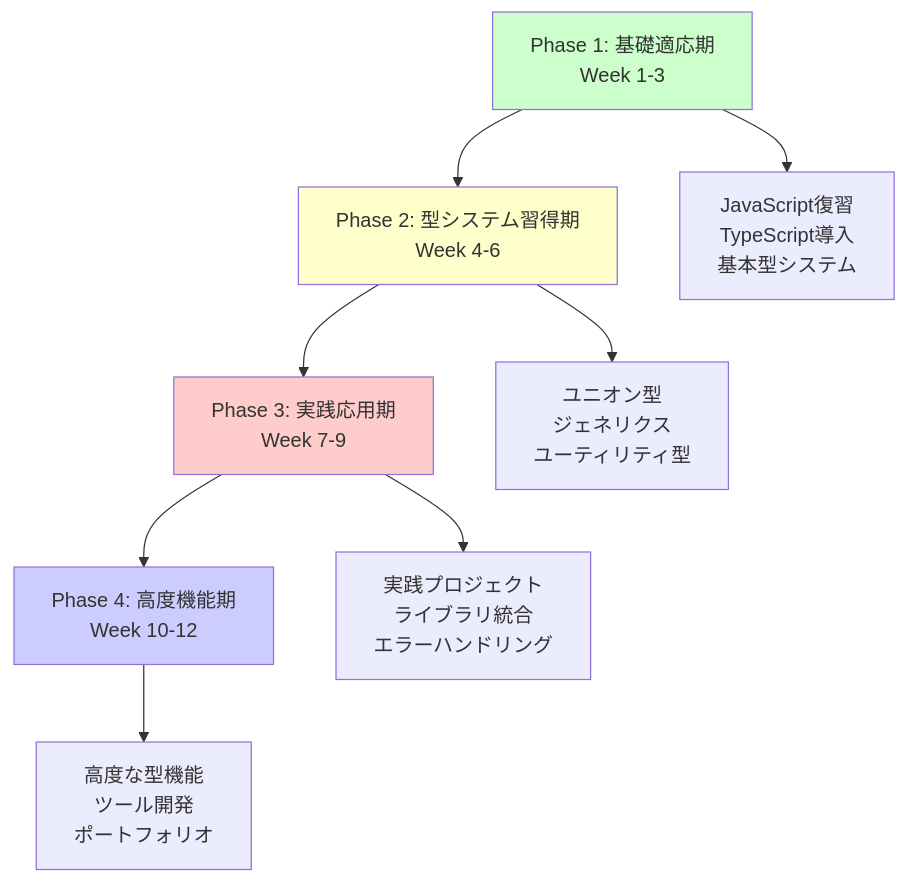
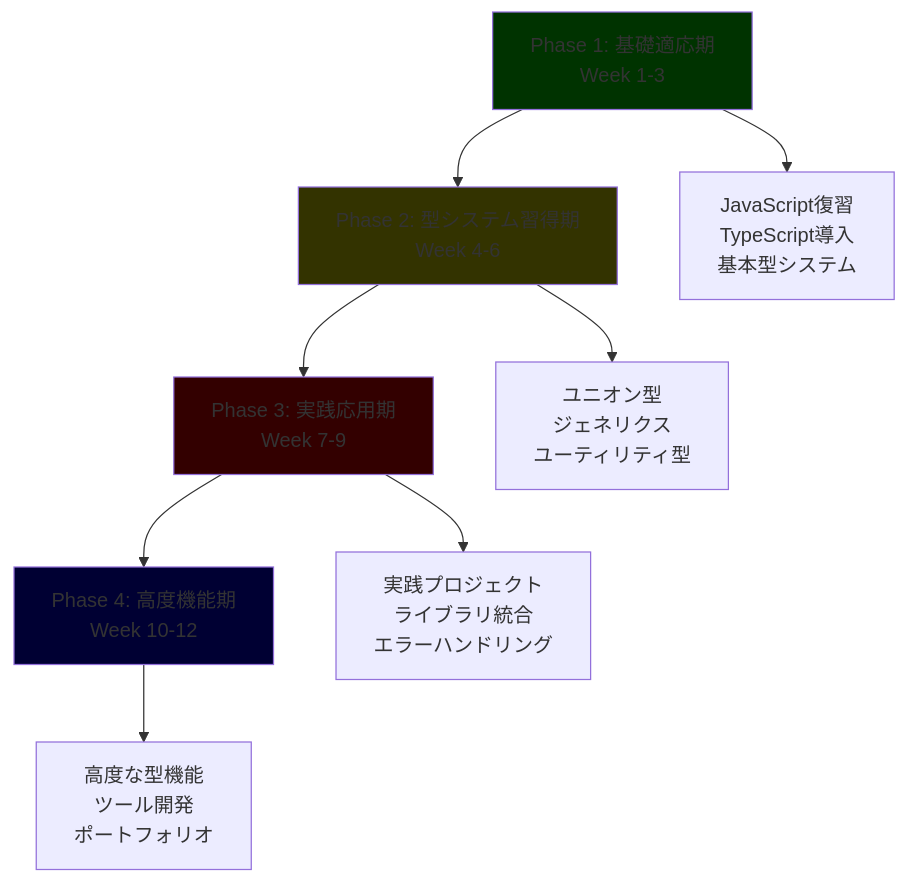
Before and after one commit to shiftplus-corp-homan-keisuke/frontend: the diagram in 学習プラン/Phase1_TypeScript完全習得/TypeScript初心者向け完全学習プラン.md, drawn with Mermaid. The commit also changed 2 other files, not shown here.

Commit message:
補足資料追加

````diff
--- a/学習プラン/Phase1_TypeScript完全習得/TypeScript初心者向け完全学習プラン.md
+++ b/学習プラン/Phase1_TypeScript完全習得/TypeScript初心者向け完全学習プラン.md
@@ -23,16 +23,16 @@
 ```mermaid
 graph TD
     A[Phase 1: 基礎適応期<br/>Week 1-3] --> B[Phase 2: 型システム習得期<br/>Week 4-6]
     B --> C[Phase 3: 実践応用期<br/>Week 7-9]
     C --> D[Phase 4: 高度機能期<br/>Week 10-12]
     
     A --> A1[JavaScript復習<br/>TypeScript導入<br/>基本型システム]
     B --> B1[ユニオン型<br/>ジェネリクス<br/>ユーティリティ型]
     C --> C1[実践プロジェクト<br/>ライブラリ統合<br/>エラーハンドリング]
     D --> D1[高度な型機能<br/>ツール開発<br/>ポートフォリオ]
     
-    style A fill:#ccffcc
-    style B fill:#ffffcc
-    style C fill:#ffcccc
-    style D fill:#ccccff
+    style A fill:#003300
+    style B fill:#333300
+    style C fill:#330000
+    style D fill:#000033
 ```
````
